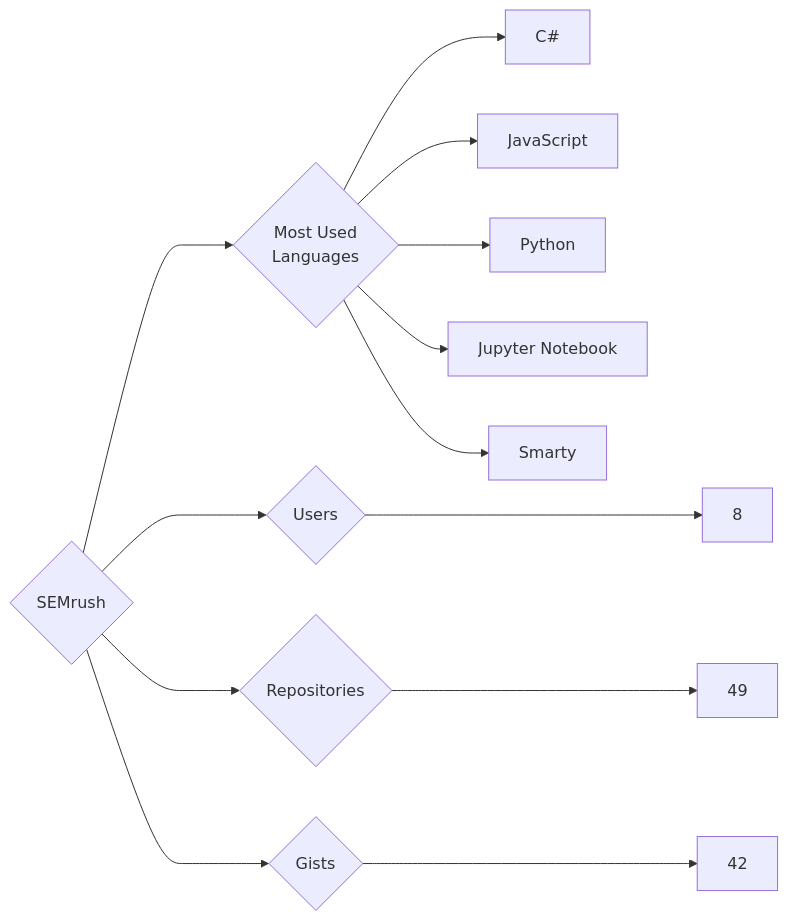
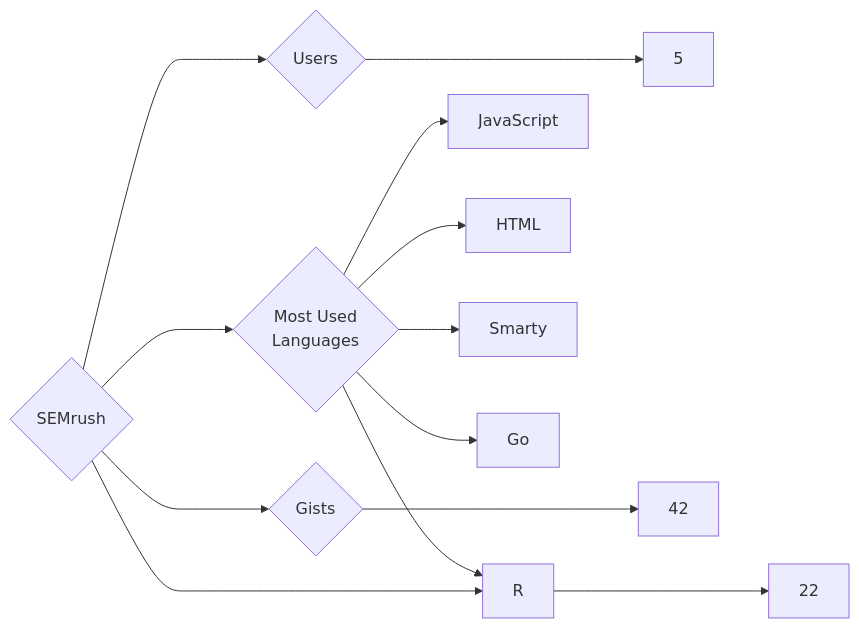
Before and after one commit to trickest/insiders: the diagram in targets/SEMrush/README.md, drawn with Mermaid. The commit also changed 1508 other files, not shown here.

````diff
--- a/targets/SEMrush/README.md
+++ b/targets/SEMrush/README.md
@@ -3,13 +3,13 @@
 ```mermaid
 graph LR
 COMPANY_NAME{SEMrush}
-COMPANY_NAME ---> U{Users} ---> UN[8]
-COMPANY_NAME ---> R{Repositories} ---> RN[49]
+COMPANY_NAME ---> U{Users} ---> UN[5]
+COMPANY_NAME ---> R{Repositories} ---> RN[22]
 COMPANY_NAME ---> G{Gists} ---> GN[42]
 COMPANY_NAME ---> ML{Most Used<br>Languages}
-ML --> C#[C#]
 ML --> JavaScript[JavaScript]
-ML --> Python[Python]
-ML --> Jupyter_Notebook[Jupyter Notebook]
+ML --> HTML[HTML]
 ML --> Smarty[Smarty]
+ML --> Go[Go]
+ML --> R[R]
 ```
````
